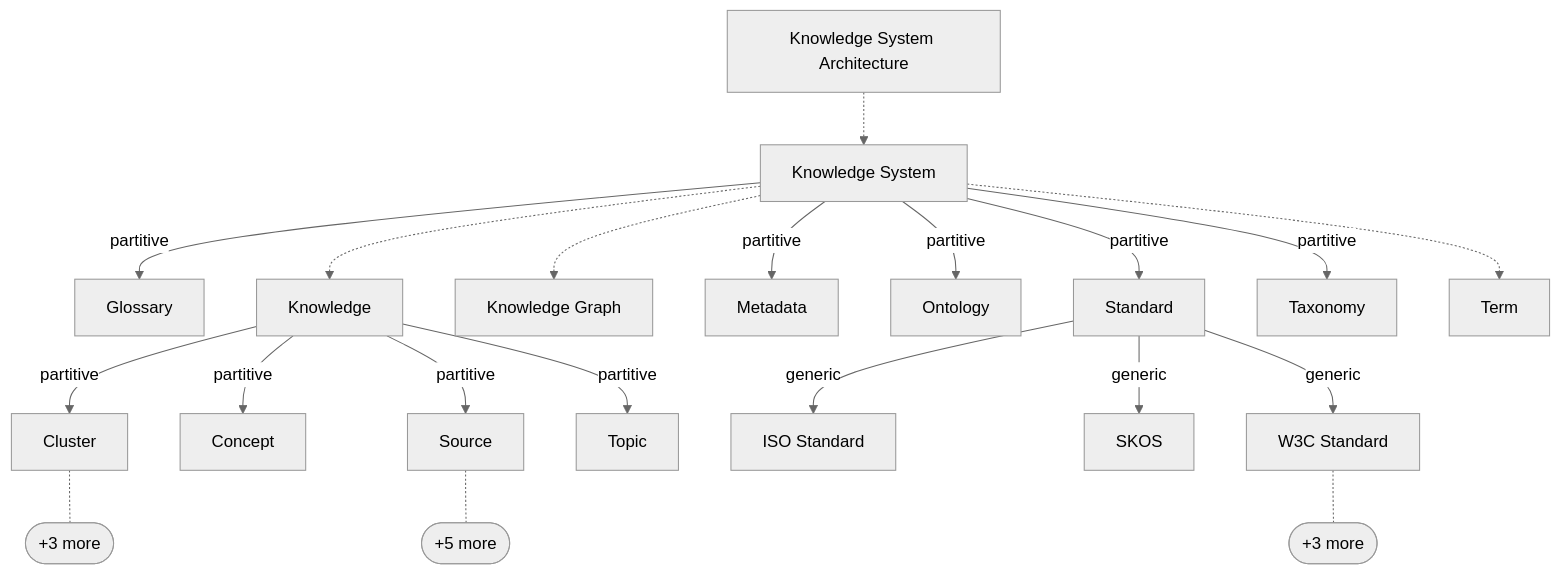
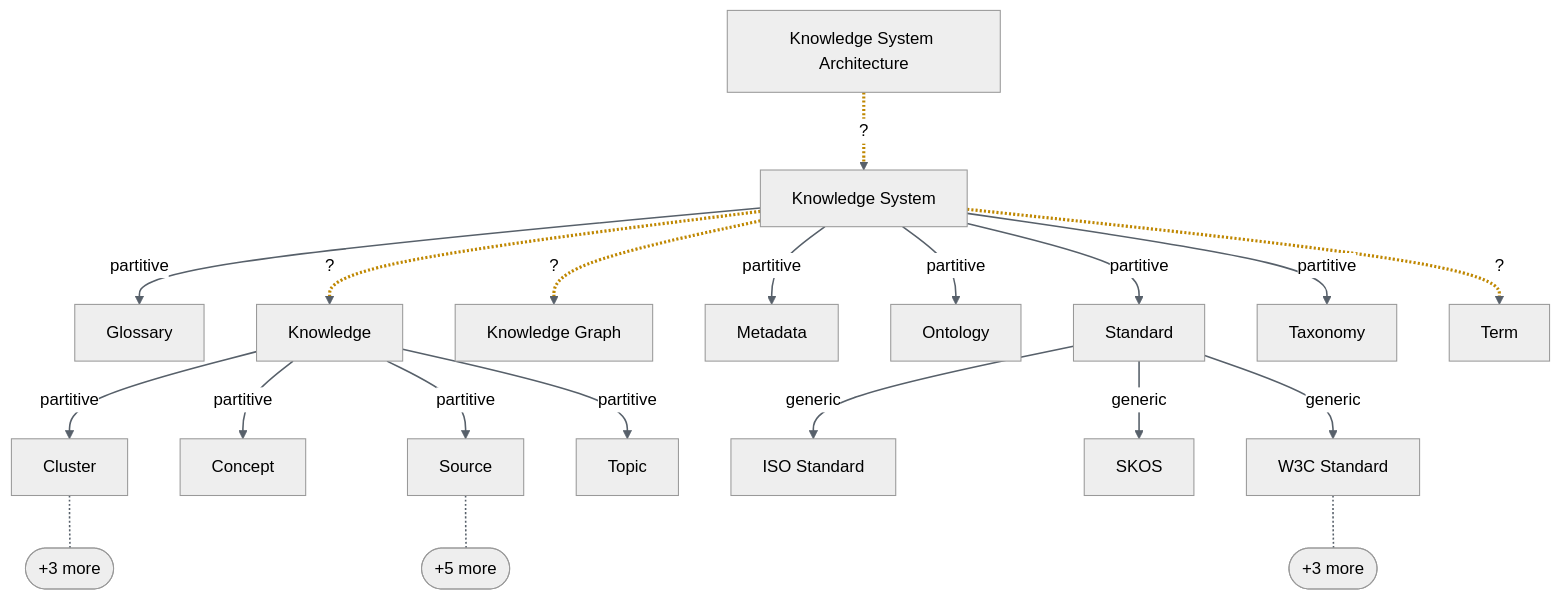
The fifth of 9 diagrams in vocab/browse/map.md (dpw67/pkm), drawn with Mermaid (neutral theme) before and after one commit. The commit also changed other lines of this file and 3 other files, not shown here.

````diff
--- a/vocab/browse/map.md
+++ b/vocab/browse/map.md
@@ -89,42 +105,44 @@
 ```mermaid
 graph TD
   KnowledgeSystemArchitecture["Knowledge System Architecture"]
   KnowledgeSystem["Knowledge System"]
-  KnowledgeSystemArchitecture -.-> KnowledgeSystem
+  KnowledgeSystemArchitecture -.->|"?"| KnowledgeSystem
   Glossary["Glossary"]
   KnowledgeSystem -->|partitive| Glossary
   Knowledge["Knowledge"]
-  KnowledgeSystem -.-> Knowledge
+  KnowledgeSystem -.->|"?"| Knowledge
   Cluster["Cluster"]
   Knowledge -->|partitive| Cluster
   Cluster__more(["+3 more"])
   Cluster -.- Cluster__more
   Concept["Concept"]
   Knowledge -->|partitive| Concept
   Source["Source"]
   Knowledge -->|partitive| Source
   Source__more(["+5 more"])
   Source -.- Source__more
   Topic["Topic"]
   Knowledge -->|partitive| Topic
   KnowledgeGraph["Knowledge Graph"]
-  KnowledgeSystem -.-> KnowledgeGraph
+  KnowledgeSystem -.->|"?"| KnowledgeGraph
   Metadata["Metadata"]
   KnowledgeSystem -->|partitive| Metadata
   Ontology["Ontology"]
   KnowledgeSystem -->|partitive| Ontology
   Standard["Standard"]
   KnowledgeSystem -->|partitive| Standard
   ISOStandard["ISO Standard"]
   Standard -->|generic| ISOStandard
   SKOS["SKOS"]
   Standard -->|generic| SKOS
   W3CStandard["W3C Standard"]
   Standard -->|generic| W3CStandard
   W3CStandard__more(["+3 more"])
   W3CStandard -.- W3CStandard__more
   Taxonomy["Taxonomy"]
   KnowledgeSystem -->|partitive| Taxonomy
   Term["Term"]
-  KnowledgeSystem -.-> Term
+  KnowledgeSystem -.->|"?"| Term
+  linkStyle default stroke:#57606a,stroke-width:1.5px
+  linkStyle 0,2,9,18 stroke:#bf8700,stroke-width:3px
 ```
````
